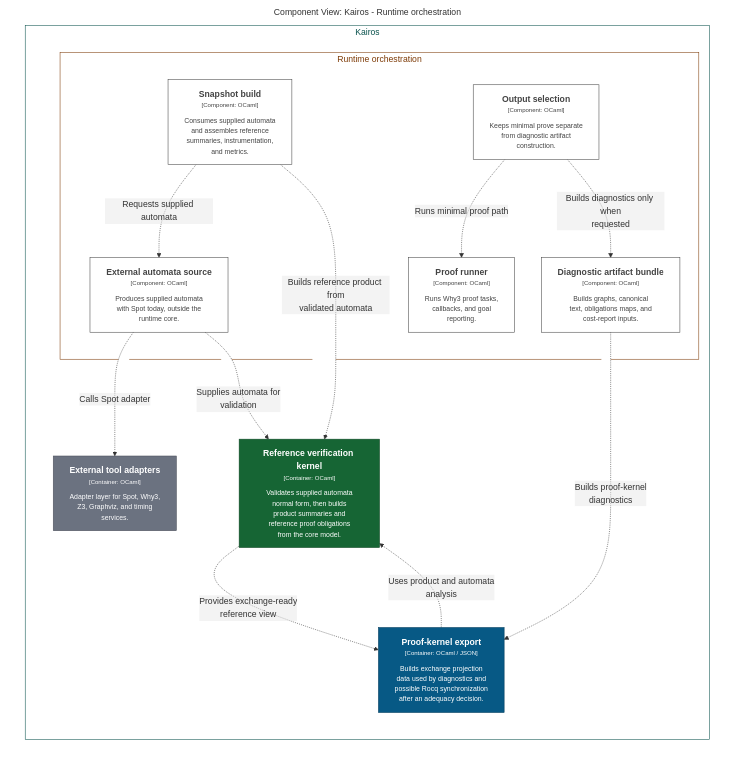
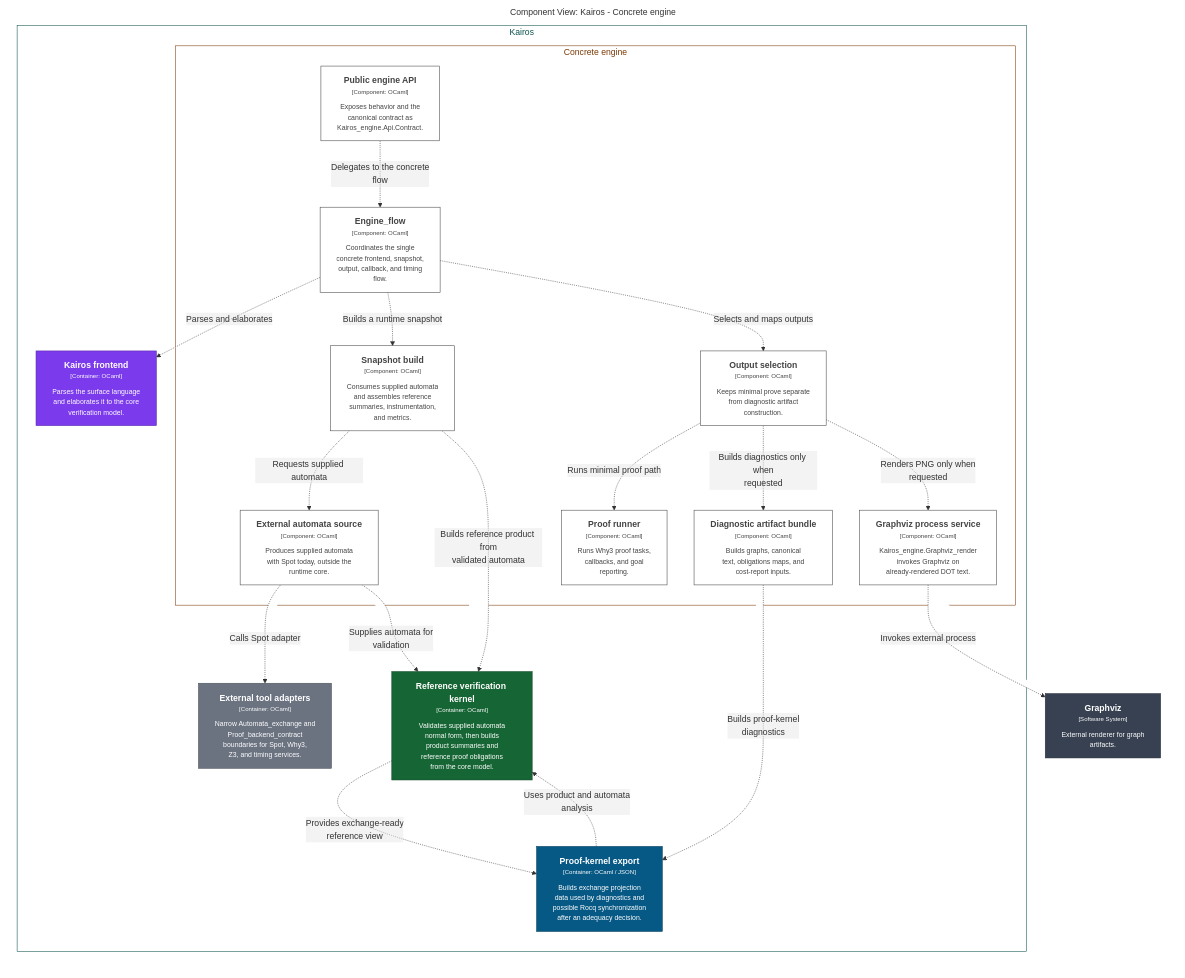
One commit to DabrowskiFr/Kairos changed the diagram in docs/architecture/structurizr/export/mermaid/structurizr-kairos-runtime-components.mmd. Above: the diagram before and after it, drawn with Mermaid. The commit also changed 137 other files, not shown here.

Commit message:
Simplify Kairos engine architecture

```diff
--- a/docs/architecture/structurizr/export/mermaid/structurizr-kairos-runtime-components.mmd
+++ b/docs/architecture/structurizr/export/mermaid/structurizr-kairos-runtime-components.mmd
@@ -1,43 +1,60 @@
 graph LR
   linkStyle default fill:#ffffff
 
-  subgraph diagram ["Component View: Kairos - Runtime orchestration"]
+  subgraph diagram ["Component View: Kairos - Concrete engine"]
     style diagram fill:#ffffff,stroke:#ffffff
+
+    6["<div style='font-weight: bold'>Graphviz</div><div style='font-size: 70%; margin-top: 0px'>[Software System]</div><div style='font-size: 80%; margin-top:10px'>External renderer for graph<br />artifacts.</div>"]
+    style 6 fill:#374151,stroke:#262d38,color:#ffffff
 
     subgraph 7 ["Kairos"]
       style 7 fill:#ffffff,stroke:#0a524d,color:#0a524d
 
-      subgraph 22 ["Runtime orchestration"]
-        style 22 fill:#ffffff,stroke:#7d3a06,color:#7d3a06
+      subgraph 10 ["Concrete engine"]
+        style 10 fill:#ffffff,stroke:#7d3a06,color:#7d3a06
 
-        23["<div style='font-weight: bold'>Snapshot build</div><div style='font-size: 70%; margin-top: 0px'>[Component: OCaml]</div><div style='font-size: 80%; margin-top:10px'>Consumes supplied automata<br />and assembles reference<br />summaries, instrumentation,<br />and metrics.</div>"]
-        style 23 fill:#ffffff,stroke:#444444,color:#444444
-        24["<div style='font-weight: bold'>External automata source</div><div style='font-size: 70%; margin-top: 0px'>[Component: OCaml]</div><div style='font-size: 80%; margin-top:10px'>Produces supplied automata<br />with Spot today, outside the<br />runtime core.</div>"]
-        style 24 fill:#ffffff,stroke:#444444,color:#444444
-        25["<div style='font-weight: bold'>Output selection</div><div style='font-size: 70%; margin-top: 0px'>[Component: OCaml]</div><div style='font-size: 80%; margin-top:10px'>Keeps minimal prove separate<br />from diagnostic artifact<br />construction.</div>"]
-        style 25 fill:#ffffff,stroke:#444444,color:#444444
-        26["<div style='font-weight: bold'>Proof runner</div><div style='font-size: 70%; margin-top: 0px'>[Component: OCaml]</div><div style='font-size: 80%; margin-top:10px'>Runs Why3 proof tasks,<br />callbacks, and goal<br />reporting.</div>"]
-        style 26 fill:#ffffff,stroke:#444444,color:#444444
-        27["<div style='font-weight: bold'>Diagnostic artifact bundle</div><div style='font-size: 70%; margin-top: 0px'>[Component: OCaml]</div><div style='font-size: 80%; margin-top:10px'>Builds graphs, canonical<br />text, obligations maps, and<br />cost-report inputs.</div>"]
-        style 27 fill:#ffffff,stroke:#444444,color:#444444
+        11["<div style='font-weight: bold'>Public engine API</div><div style='font-size: 70%; margin-top: 0px'>[Component: OCaml]</div><div style='font-size: 80%; margin-top:10px'>Exposes behavior and the<br />canonical contract as<br />Kairos_engine.Api.Contract.</div>"]
+        style 11 fill:#ffffff,stroke:#444444,color:#444444
+        12["<div style='font-weight: bold'>Engine_flow</div><div style='font-size: 70%; margin-top: 0px'>[Component: OCaml]</div><div style='font-size: 80%; margin-top:10px'>Coordinates the single<br />concrete frontend, snapshot,<br />output, callback, and timing<br />flow.</div>"]
+        style 12 fill:#ffffff,stroke:#444444,color:#444444
+        13["<div style='font-weight: bold'>Snapshot build</div><div style='font-size: 70%; margin-top: 0px'>[Component: OCaml]</div><div style='font-size: 80%; margin-top:10px'>Consumes supplied automata<br />and assembles reference<br />summaries, instrumentation,<br />and metrics.</div>"]
+        style 13 fill:#ffffff,stroke:#444444,color:#444444
+        14["<div style='font-weight: bold'>External automata source</div><div style='font-size: 70%; margin-top: 0px'>[Component: OCaml]</div><div style='font-size: 80%; margin-top:10px'>Produces supplied automata<br />with Spot today, outside the<br />runtime core.</div>"]
+        style 14 fill:#ffffff,stroke:#444444,color:#444444
+        15["<div style='font-weight: bold'>Output selection</div><div style='font-size: 70%; margin-top: 0px'>[Component: OCaml]</div><div style='font-size: 80%; margin-top:10px'>Keeps minimal prove separate<br />from diagnostic artifact<br />construction.</div>"]
+        style 15 fill:#ffffff,stroke:#444444,color:#444444
+        16["<div style='font-weight: bold'>Proof runner</div><div style='font-size: 70%; margin-top: 0px'>[Component: OCaml]</div><div style='font-size: 80%; margin-top:10px'>Runs Why3 proof tasks,<br />callbacks, and goal<br />reporting.</div>"]
+        style 16 fill:#ffffff,stroke:#444444,color:#444444
+        17["<div style='font-weight: bold'>Diagnostic artifact bundle</div><div style='font-size: 70%; margin-top: 0px'>[Component: OCaml]</div><div style='font-size: 80%; margin-top:10px'>Builds graphs, canonical<br />text, obligations maps, and<br />cost-report inputs.</div>"]
+        style 17 fill:#ffffff,stroke:#444444,color:#444444
+        18["<div style='font-weight: bold'>Graphviz process service</div><div style='font-size: 70%; margin-top: 0px'>[Component: OCaml]</div><div style='font-size: 80%; margin-top:10px'>Kairos_engine.Graphviz_render<br />invokes Graphviz on<br />already-rendered DOT text.</div>"]
+        style 18 fill:#ffffff,stroke:#444444,color:#444444
       end
 
-      14["<div style='font-weight: bold'>Reference verification kernel</div><div style='font-size: 70%; margin-top: 0px'>[Container: OCaml]</div><div style='font-size: 80%; margin-top:10px'>Validates supplied automata<br />normal form, then builds<br />product summaries and<br />reference proof obligations<br />from the core model.</div>"]
-      style 14 fill:#166534,stroke:#0f4624,color:#ffffff
-      19["<div style='font-weight: bold'>Proof-kernel export</div><div style='font-size: 70%; margin-top: 0px'>[Container: OCaml / JSON]</div><div style='font-size: 80%; margin-top:10px'>Builds exchange projection<br />data used by diagnostics and<br />possible Rocq synchronization<br />after an adequacy decision.</div>"]
-      style 19 fill:#075985,stroke:#043e5d,color:#ffffff
-      31["<div style='font-weight: bold'>External tool adapters</div><div style='font-size: 70%; margin-top: 0px'>[Container: OCaml]</div><div style='font-size: 80%; margin-top:10px'>Adapter layer for Spot, Why3,<br />Z3, Graphviz, and timing<br />services.</div>"]
-      style 31 fill:#6b7280,stroke:#4a4f59,color:#ffffff
+      19["<div style='font-weight: bold'>Kairos frontend</div><div style='font-size: 70%; margin-top: 0px'>[Container: OCaml]</div><div style='font-size: 80%; margin-top:10px'>Parses the surface language<br />and elaborates it to the core<br />verification model.</div>"]
+      style 19 fill:#7c3aed,stroke:#5628a5,color:#ffffff
+      21["<div style='font-weight: bold'>Reference verification kernel</div><div style='font-size: 70%; margin-top: 0px'>[Container: OCaml]</div><div style='font-size: 80%; margin-top:10px'>Validates supplied automata<br />normal form, then builds<br />product summaries and<br />reference proof obligations<br />from the core model.</div>"]
+      style 21 fill:#166534,stroke:#0f4624,color:#ffffff
+      26["<div style='font-weight: bold'>Proof-kernel export</div><div style='font-size: 70%; margin-top: 0px'>[Container: OCaml / JSON]</div><div style='font-size: 80%; margin-top:10px'>Builds exchange projection<br />data used by diagnostics and<br />possible Rocq synchronization<br />after an adequacy decision.</div>"]
+      style 26 fill:#075985,stroke:#043e5d,color:#ffffff
+      32["<div style='font-weight: bold'>External tool adapters</div><div style='font-size: 70%; margin-top: 0px'>[Container: OCaml]</div><div style='font-size: 80%; margin-top:10px'>Narrow Automata_exchange and<br />Proof_backend_contract<br />boundaries for Spot, Why3,<br />Z3, and timing services.</div>"]
+      style 32 fill:#6b7280,stroke:#4a4f59,color:#ffffff
     end
 
-    19-. "<div>Uses product and automata<br />analysis</div><div style='font-size: 70%'></div>" .->14
-    14-. "<div>Provides exchange-ready<br />reference view</div><div style='font-size: 70%'></div>" .->19
-    23-. "<div>Requests supplied automata</div><div style='font-size: 70%'></div>" .->24
-    24-. "<div>Calls Spot adapter</div><div style='font-size: 70%'></div>" .->31
-    24-. "<div>Supplies automata for<br />validation</div><div style='font-size: 70%'></div>" .->14
-    23-. "<div>Builds reference product from<br />validated automata</div><div style='font-size: 70%'></div>" .->14
-    25-. "<div>Runs minimal proof path</div><div style='font-size: 70%'></div>" .->26
-    25-. "<div>Builds diagnostics only when<br />requested</div><div style='font-size: 70%'></div>" .->27
-    27-. "<div>Builds proof-kernel<br />diagnostics</div><div style='font-size: 70%'></div>" .->19
+    26-. "<div>Uses product and automata<br />analysis</div><div style='font-size: 70%'></div>" .->21
+    21-. "<div>Provides exchange-ready<br />reference view</div><div style='font-size: 70%'></div>" .->26
+    11-. "<div>Delegates to the concrete<br />flow</div><div style='font-size: 70%'></div>" .->12
+    12-. "<div>Parses and elaborates</div><div style='font-size: 70%'></div>" .->19
+    12-. "<div>Builds a runtime snapshot</div><div style='font-size: 70%'></div>" .->13
+    12-. "<div>Selects and maps outputs</div><div style='font-size: 70%'></div>" .->15
+    13-. "<div>Requests supplied automata</div><div style='font-size: 70%'></div>" .->14
+    14-. "<div>Calls Spot adapter</div><div style='font-size: 70%'></div>" .->32
+    14-. "<div>Supplies automata for<br />validation</div><div style='font-size: 70%'></div>" .->21
+    13-. "<div>Builds reference product from<br />validated automata</div><div style='font-size: 70%'></div>" .->21
+    15-. "<div>Runs minimal proof path</div><div style='font-size: 70%'></div>" .->16
+    15-. "<div>Builds diagnostics only when<br />requested</div><div style='font-size: 70%'></div>" .->17
+    15-. "<div>Renders PNG only when<br />requested</div><div style='font-size: 70%'></div>" .->18
+    18-. "<div>Invokes external process</div><div style='font-size: 70%'></div>" .->6
+    17-. "<div>Builds proof-kernel<br />diagnostics</div><div style='font-size: 70%'></div>" .->26
 
   end
```
